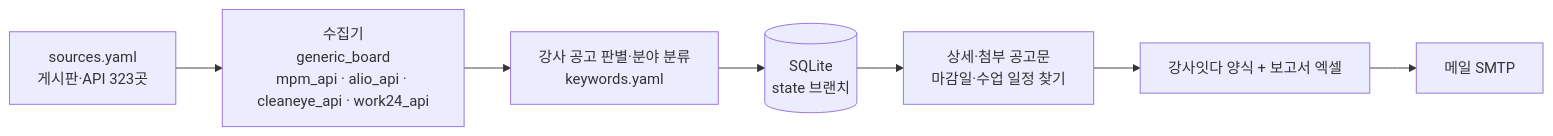
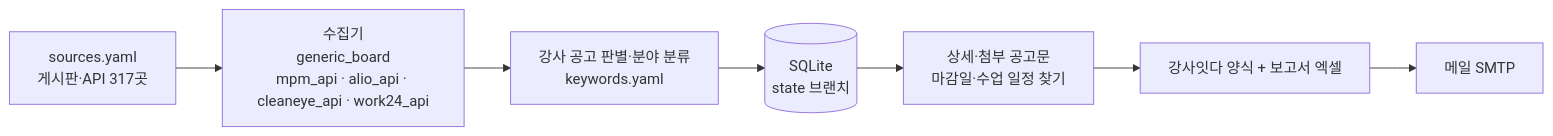
Before and after one commit to thskal17-sudo/busan-school-company: the diagram in docs/DESIGN.md, drawn with Mermaid. The commit also changed other lines of this file and 2 other files, not shown here.

Commit message:
계속 실패한 6곳 끄기: 늘봄지원센터 폐쇄 2, 해외 차단 4 (#40)
Claude-Session: https://claude.ai/code/session_01ABtF8N6XNwtgbar6ndGG69

````diff
--- a/docs/DESIGN.md
+++ b/docs/DESIGN.md
@@ -32,9 +32,9 @@
 ```mermaid
 flowchart LR
-    S[sources.yaml<br/>게시판·API 323곳] --> C[수집기<br/>generic_board<br/>mpm_api · alio_api · cleaneye_api · work24_api]
+    S[sources.yaml<br/>게시판·API 317곳] --> C[수집기<br/>generic_board<br/>mpm_api · alio_api · cleaneye_api · work24_api]
     C --> F[강사 공고 판별·분야 분류<br/>keywords.yaml]
     F --> D[(SQLite<br/>state 브랜치)]
     D --> I[상세·첨부 공고문<br/>마감일·수업 일정 찾기]
     I --> X[강사잇다 양식 + 보고서 엑셀]
     X --> M[메일 SMTP]
 ```
````
